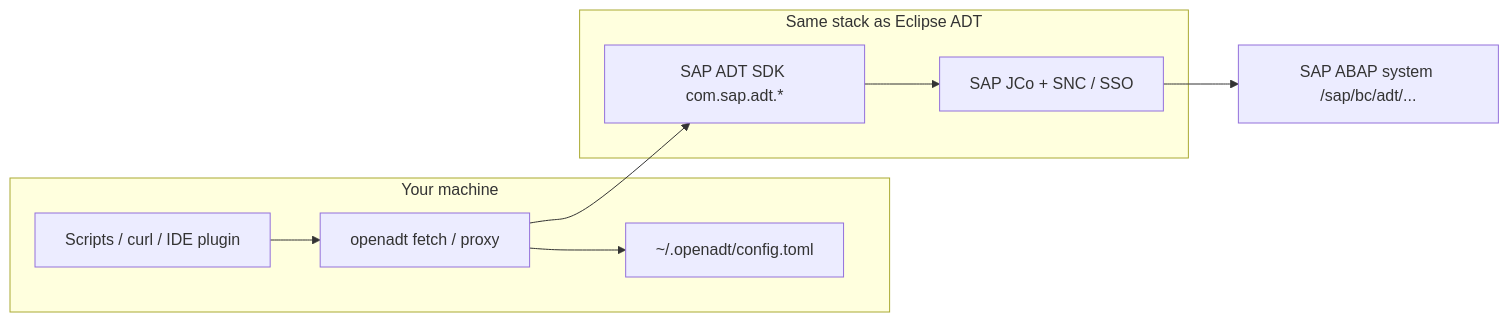
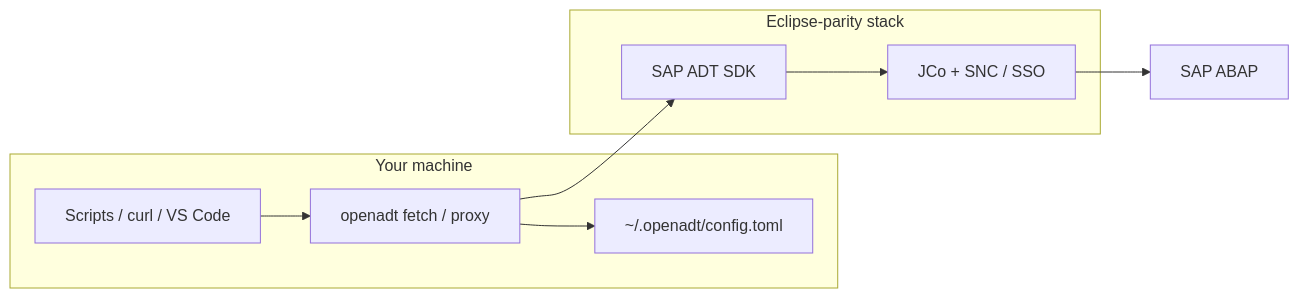
Before and after one commit to abapify/openadt: the diagram in README.md, drawn with Mermaid. The commit also changed other lines of this file and 23 other files, not shown here.

````diff
--- a/README.md
+++ b/README.md
@@ -39,19 +35,19 @@
 ```mermaid
 flowchart LR
   subgraph local["Your machine"]
-    CLI["Scripts / curl / IDE plugin"]
+    CLI["Scripts / curl / VS Code"]
     OA["openadt fetch / proxy"]
     CFG["~/.openadt/config.toml"]
   end
-  subgraph sapstack["Same stack as Eclipse ADT"]
-    SDK["SAP ADT SDK com.sap.adt.*"]
-    JCO["SAP JCo + SNC / SSO"]
+  subgraph sapstack["Eclipse-parity stack"]
+    SDK["SAP ADT SDK"]
+    JCO["JCo + SNC / SSO"]
   end
-  SAP["SAP ABAP system /sap/bc/adt/..."]
+  SAP["SAP ABAP"]
 
   CLI --> OA
   OA --> CFG
   OA --> SDK
   SDK --> JCO
   JCO --> SAP
 ```
````
